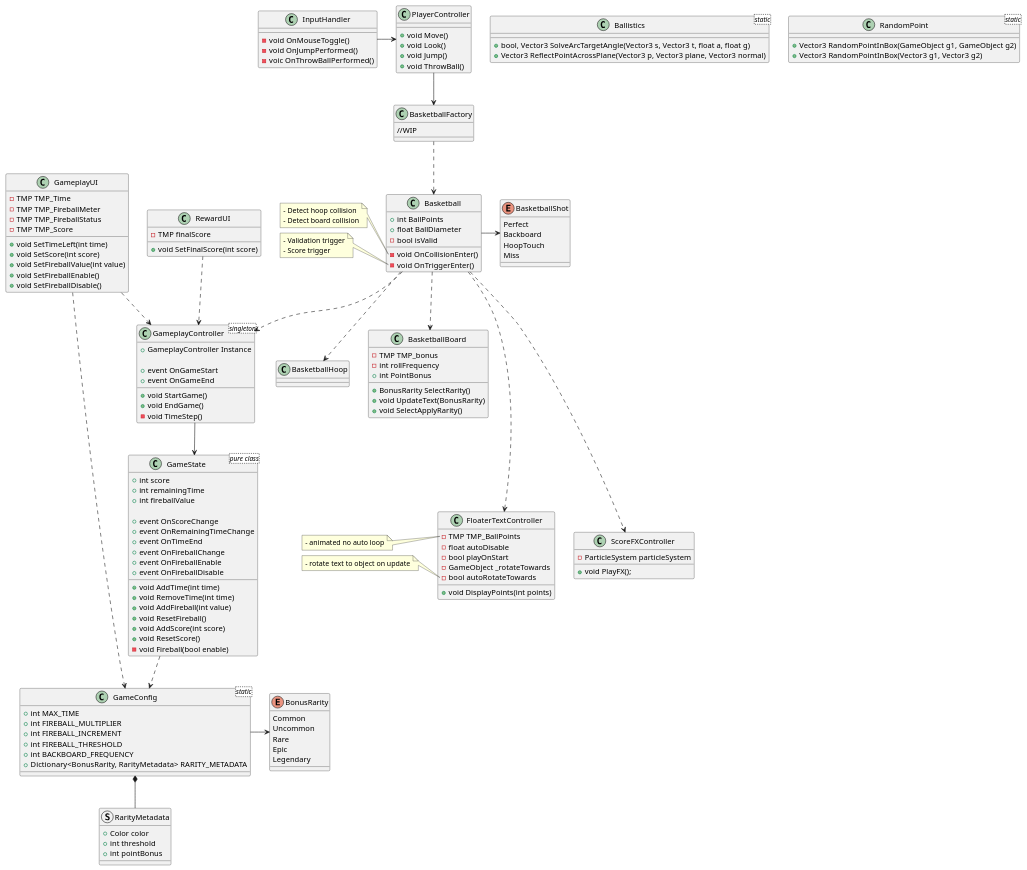
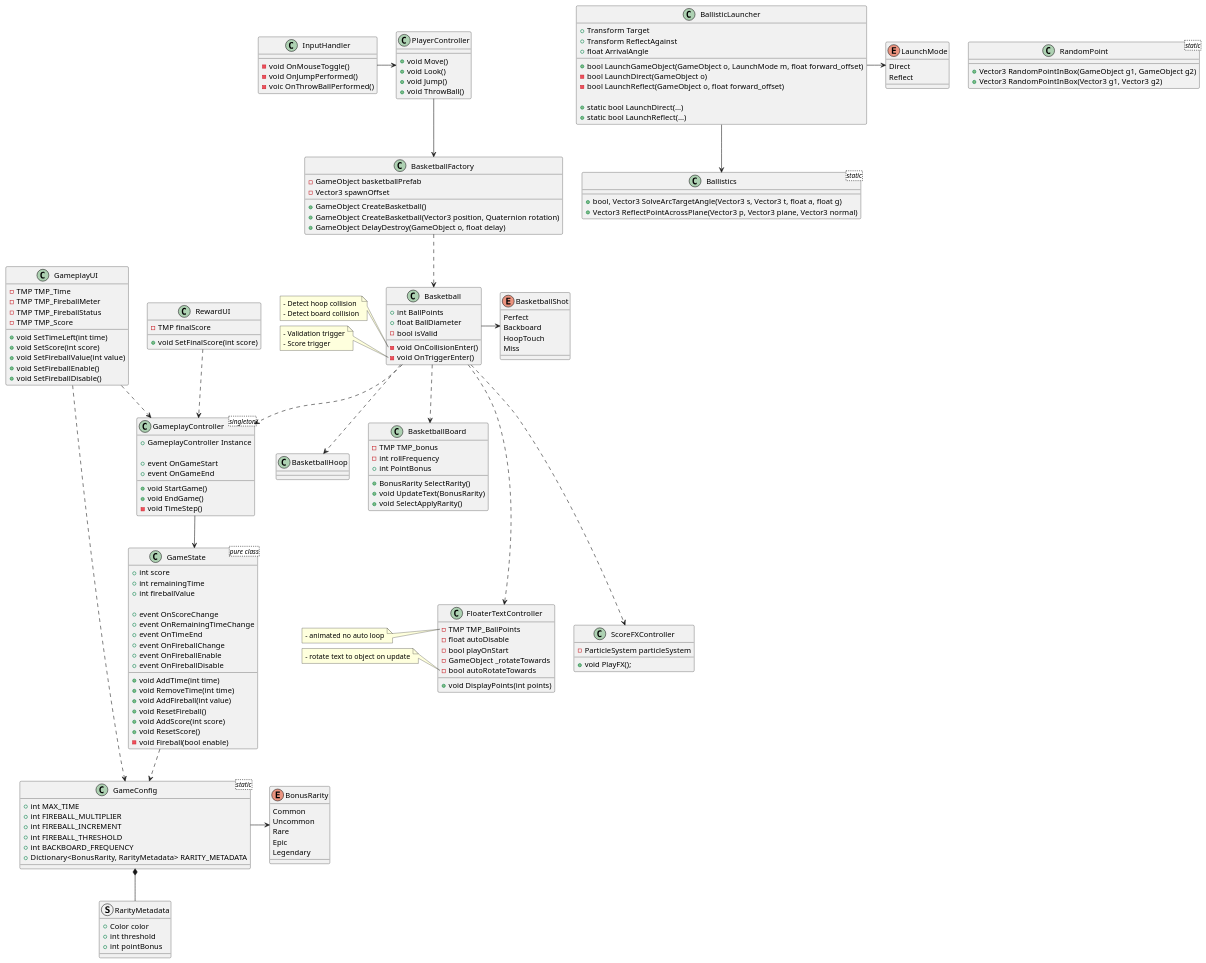
The diagram in Docs/ApplicationDiagram.puml (ItsAuro/grzegorz.mikulski.basket-challenge), drawn with PlantUML before and after one commit. The commit also changed other lines of this file and 5 other files, not shown here.

First line of the commit message:
Split BasketballFactory into factory and launcher

```diff
--- a/Docs/ApplicationDiagram.puml
+++ b/Docs/ApplicationDiagram.puml
@@ -135,7 +135,28 @@
   + void SelectApplyRarity()
 }
 class BasketballFactory{
-  //WIP
+  - GameObject basketballPrefab
+  - Vector3 spawnOffset
+  
+  + GameObject CreateBasketball()
+  + GameObject CreateBasketball(Vector3 position, Quaternion rotation)
+  + GameObject DelayDestroy(GameObject o, float delay)
+}
+class BallisticLauncher{
+  + Transform Target
+  + Transform ReflectAgainst
+  + float ArrivalAngle
+  
+  + bool LaunchGameObject(GameObject o, LaunchMode m, float forward_offset)
+  - bool LaunchDirect(GameObject o)
+  - bool LaunchReflect(GameObject o, float forward_offset)
+  
+  + static bool LaunchDirect(...)
+  + static bool LaunchReflect(...)
+}
+enum LaunchMode {
+  Direct
+  Reflect
 }
 class Basketball{
   + int BallPoints
@@ -181,3 +202,7 @@
 Basketball -> BasketballShot
 Basketball ...> FloaterTextController
 Basketball ...> ScoreFXController
+
+
+BallisticLauncher --> Ballistics
+BallisticLauncher -> LaunchMode
```
